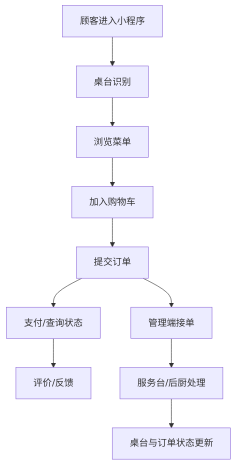
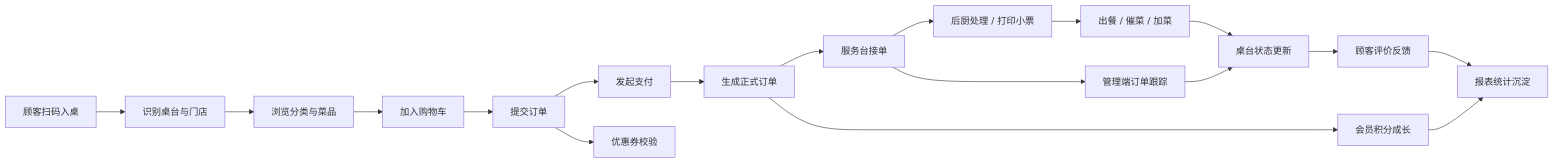
One commit to meisijiya/DIANCAN-SYSTEM changed the third of 3 diagrams in readme.md. Above: the diagram before and after it, drawn with Mermaid. The commit also changed other lines of this file and 2 other files, not shown here.

````diff
--- a/readme.md
+++ b/readme.md
@@ -263,12 +339,21 @@
 ```mermaid
-flowchart TD
-    A[顾客进入小程序] --> B[桌台识别]
-    B --> C[浏览菜单]
+flowchart LR
+    A[顾客扫码入桌] --> B[识别桌台与门店]
+    B --> C[浏览分类与菜品]
     C --> D[加入购物车]
     D --> E[提交订单]
-    E --> F[支付/查询状态]
-    F --> G[评价/反馈]
-    E --> H[管理端接单]
-    H --> I[服务台/后厨处理]
-    I --> J[桌台与订单状态更新]
+    E --> F[发起支付]
+    F --> G[生成正式订单]
+    G --> H[服务台接单]
+    H --> I[后厨处理 / 打印小票]
+    I --> J[出餐 / 催菜 / 加菜]
+    J --> K[桌台状态更新]
+    K --> L[顾客评价反馈]
+
+    E --> M[优惠券校验]
+    G --> N[会员积分成长]
+    H --> O[管理端订单跟踪]
+    O --> K
+    L --> P[报表统计沉淀]
+    N --> P
 ```
````
